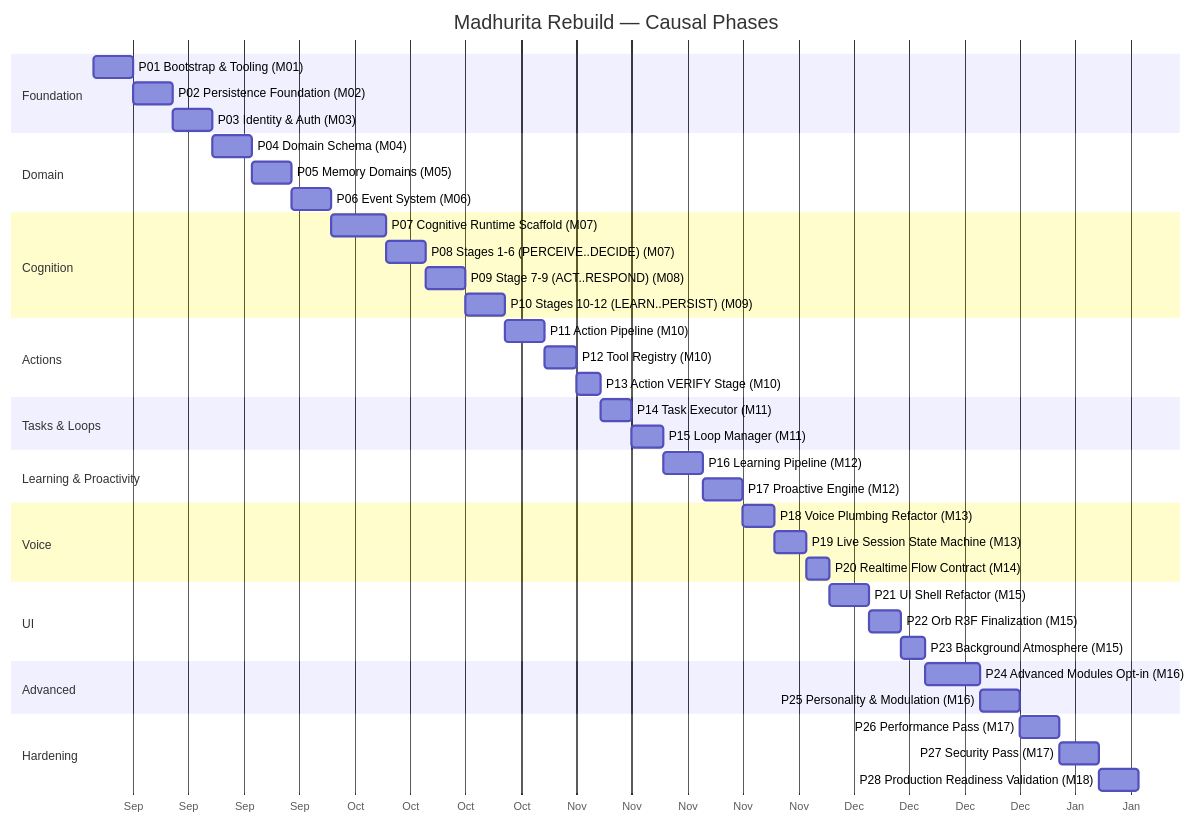
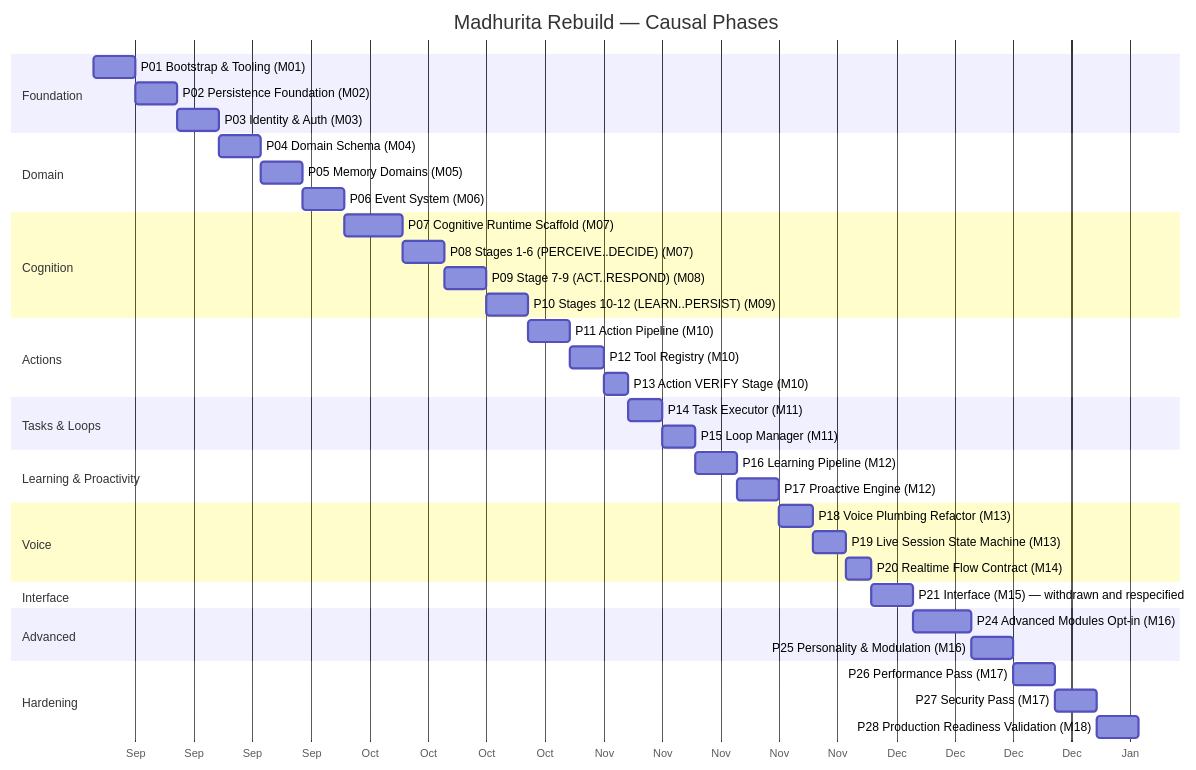
One commit to Ankit-Singh-BBD/She-is-still-alive. changed diagram 13 of 13 in docs/MADHURITA_BUILD_BOOK.md. Above: the diagram before and after it, drawn with Mermaid. The commit also changed other lines of this file and 219 other files, not shown here.

````diff
--- a/docs/MADHURITA_BUILD_BOOK.md
+++ b/docs/MADHURITA_BUILD_BOOK.md
@@ -2103,44 +1498,42 @@
 ```mermaid
 gantt
   title Madhurita Rebuild — Causal Phases
   dateFormat YYYY-MM-DD
   axisFormat %b
   section Foundation
   P01 Bootstrap & Tooling (M01)        :p01, 2026-09-01, 5d
   P02 Persistence Foundation (M02)     :p02, after p01, 5d
   P03 Identity & Auth (M03)             :p03, after p02, 5d
   section Domain
   P04 Domain Schema (M04)              :p04, after p03, 5d
   P05 Memory Domains (M05)              :p05, after p04, 5d
   P06 Event System (M06)               :p06, after p05, 5d
   section Cognition
   P07 Cognitive Runtime Scaffold (M07) :p07, after p06, 7d
   P08 Stages 1-6 (PERCEIVE..DECIDE) (M07):p08, after p07, 5d
   P09 Stage 7-9 (ACT..RESPOND) (M08)   :p09, after p08, 5d
   P10 Stages 10-12 (LEARN..PERSIST) (M09):p10, after p09, 5d
   section Actions
   P11 Action Pipeline (M10)            :p11, after p10, 5d
   P12 Tool Registry (M10)              :p12, after p11, 4d
   P13 Action VERIFY Stage (M10)        :p13, after p12, 3d
   section Tasks & Loops
   P14 Task Executor (M11)              :p14, after p13, 4d
   P15 Loop Manager (M11)               :p15, after p14, 4d
   section Learning & Proactivity
   P16 Learning Pipeline (M12)          :p16, after p15, 5d
   P17 Proactive Engine (M12)           :p17, after p16, 5d
   section Voice
   P18 Voice Plumbing Refactor (M13)    :p18, after p17, 4d
   P19 Live Session State Machine (M13) :p19, after p18, 4d
   P20 Realtime Flow Contract (M14)     :p20, after p19, 3d
-  section UI
-  P21 UI Shell Refactor (M15)          :p21, after p20, 5d
-  P22 Orb R3F Finalization (M15)       :p22, after p21, 4d
-  P23 Background Atmosphere (M15)      :p23, after p22, 3d
+  section Interface
+  P21 Interface (M15) — withdrawn and respecified :p21, after p20, 5d
   section Advanced
-  P24 Advanced Modules Opt-in (M16)    :p24, after p23, 7d
+  P24 Advanced Modules Opt-in (M16)    :p24, after p21, 7d
   P25 Personality & Modulation (M16)   :p25, after p24, 5d
   section Hardening
   P26 Performance Pass (M17)           :p26, after p25, 5d
   P27 Security Pass (M17)              :p27, after p26, 5d
   P28 Production Readiness Validation (M18) :p28, after p27, 5d
 ```
````
